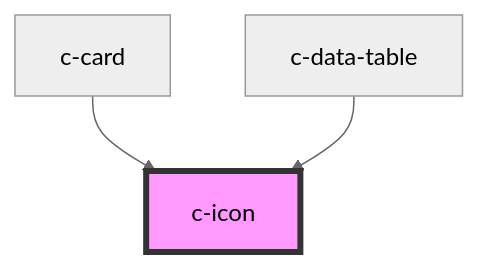
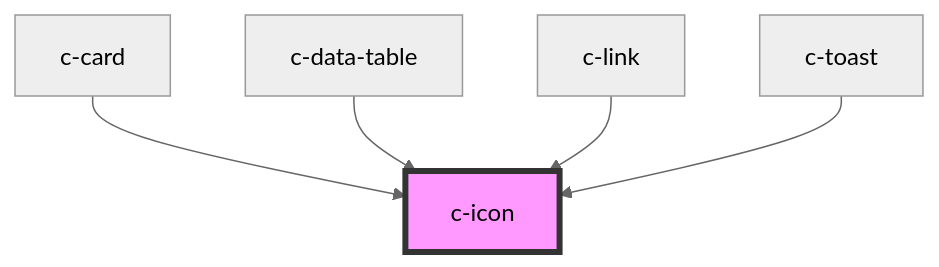
The diagram in packages/csc-ui/src/components/c-icon/readme.md (CSCfi/ui), drawn with Mermaid (neutral theme) before and after one commit. The commit also changed other lines of this file and 39 other files, not shown here.

````diff
--- a/packages/csc-ui/src/components/c-icon/readme.md
+++ b/packages/csc-ui/src/components/c-icon/readme.md
@@ -25,6 +27,8 @@
 ```mermaid
 graph TD;
   c-card --> c-icon
   c-data-table --> c-icon
+  c-link --> c-icon
+  c-toast --> c-icon
   style c-icon fill:#f9f,stroke:#333,stroke-width:4px
 ```
````
